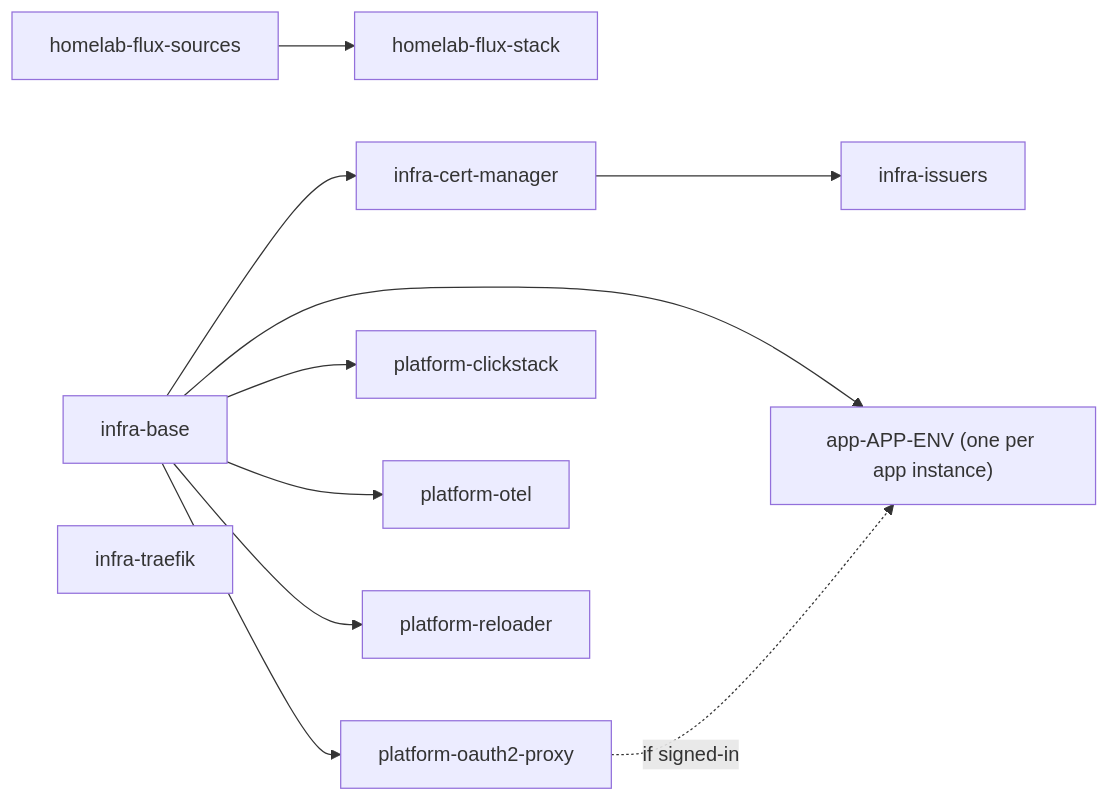
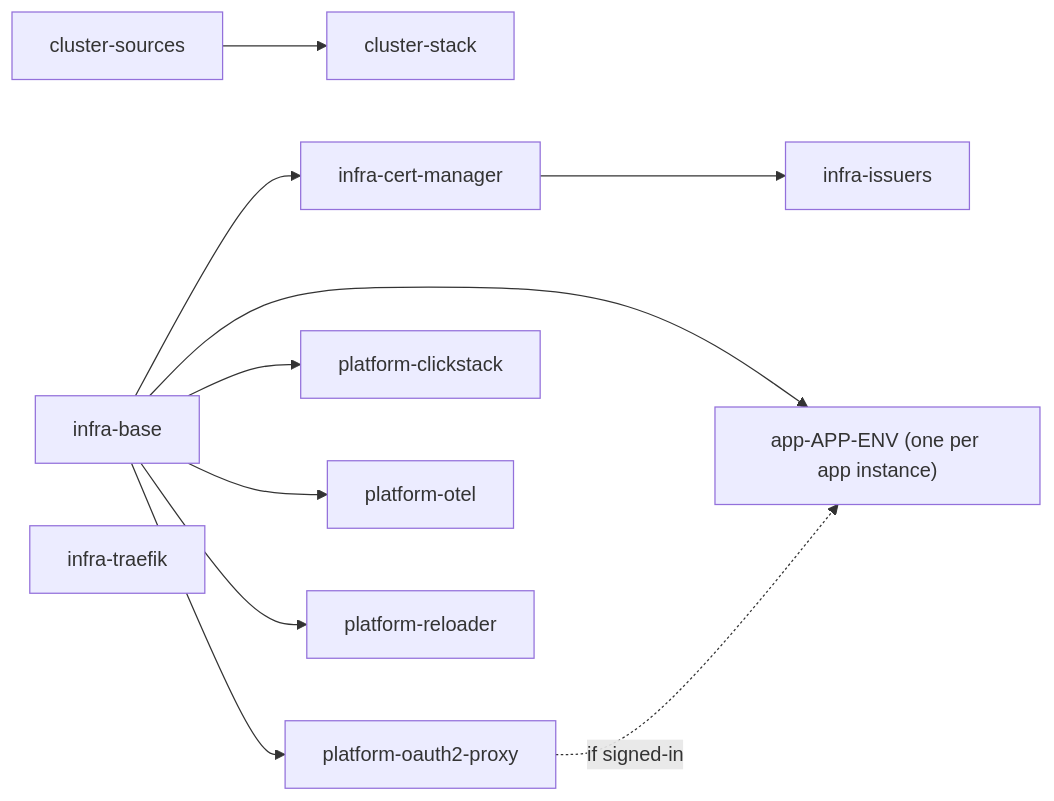
One commit to samclement/swhurl-platform changed the diagram in docs/architecture.md. Above: the diagram before and after it, drawn with Mermaid. The commit also changed other lines of this file and 10 other files, not shown here.

Commit message:
refactor: root units become cluster-sources and cluster-stack (cleanup step 4)

````diff
--- a/docs/architecture.md
+++ b/docs/architecture.md
@@ -32,12 +32,12 @@
 ```mermaid
 flowchart LR
-  sources[homelab-flux-sources] --> stack[homelab-flux-stack]
+  sources[cluster-sources] --> stack[cluster-stack]
   base[infra-base] --> cm[infra-cert-manager] --> issuers[infra-issuers]
   base --> auth[platform-oauth2-proxy]
   base --> clickstack[platform-clickstack]
   base --> otel[platform-otel]
   base --> reloader[platform-reloader]
   traefik[infra-traefik]
   base --> app["app-APP-ENV (one per app instance)"]
   auth -. if signed-in .-> app
 ```
````
